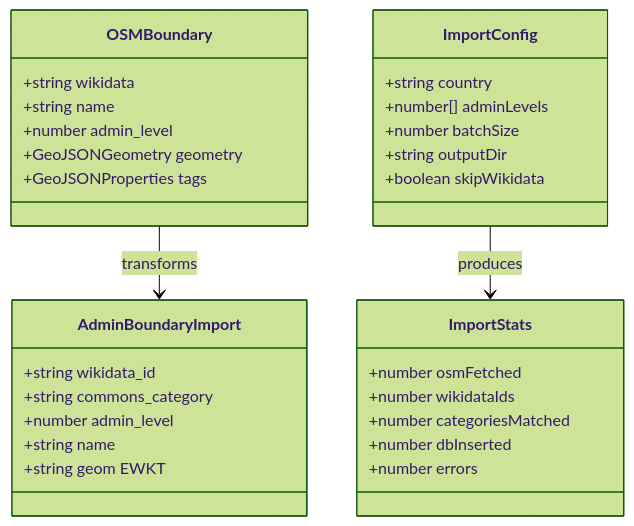
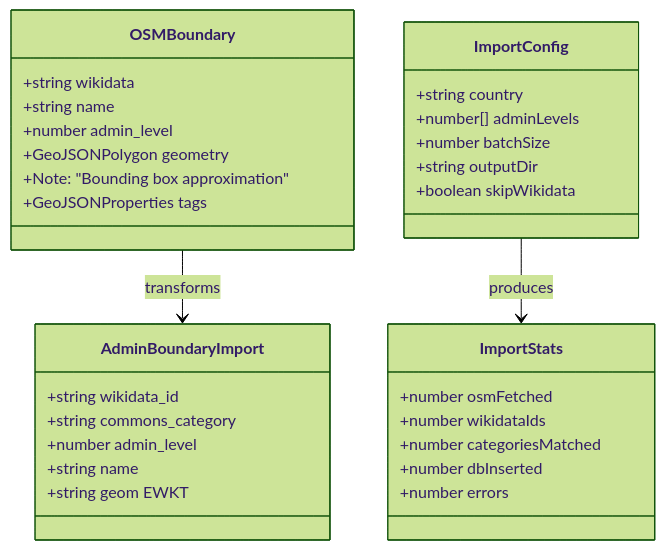
One commit to DaxServer/geocode-commons-categories changed the eighth of 12 diagrams in docs/import/architecture.md. Above: the diagram before and after it, drawn with Mermaid (forest theme). The commit also changed 9 other files, not shown here.

````diff
--- a/docs/import/architecture.md
+++ b/docs/import/architecture.md
@@ -267,37 +267,38 @@
 ```mermaid
 classDiagram
     class OSMBoundary {
         +string wikidata
         +string name
         +number admin_level
-        +GeoJSONGeometry geometry
+        +GeoJSONPolygon geometry
+        +Note: "Bounding box approximation"
         +GeoJSONProperties tags
     }
 
     class AdminBoundaryImport {
         +string wikidata_id
         +string commons_category
         +number admin_level
         +string name
         +string geom EWKT
     }
 
     class ImportConfig {
         +string country
         +number[] adminLevels
         +number batchSize
         +string outputDir
         +boolean skipWikidata
     }
 
     class ImportStats {
         +number osmFetched
         +number wikidataIds
         +number categoriesMatched
         +number dbInserted
         +number errors
     }
 
     OSMBoundary --> AdminBoundaryImport : transforms
     ImportConfig --> ImportStats : produces
 ```
````
